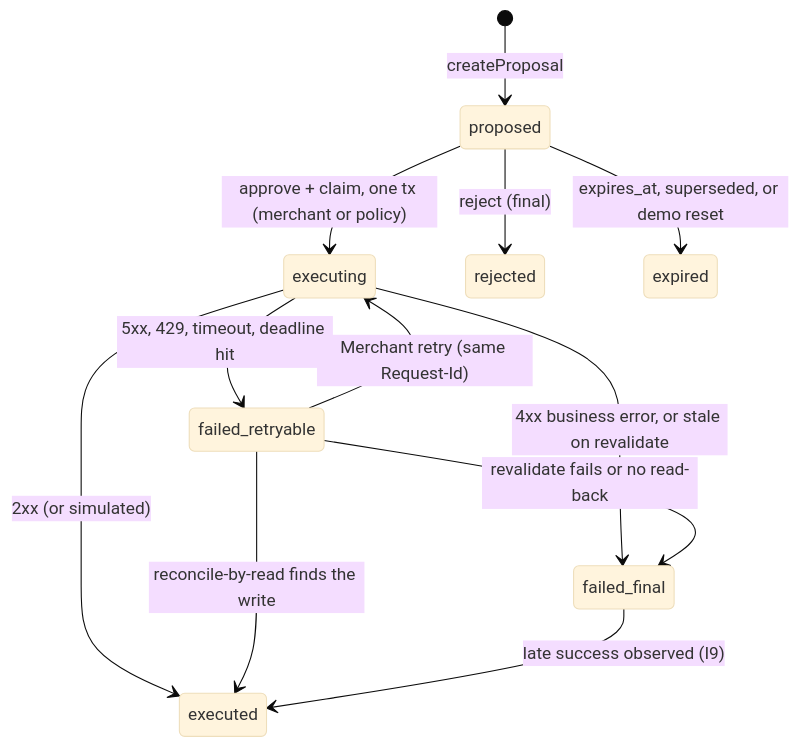
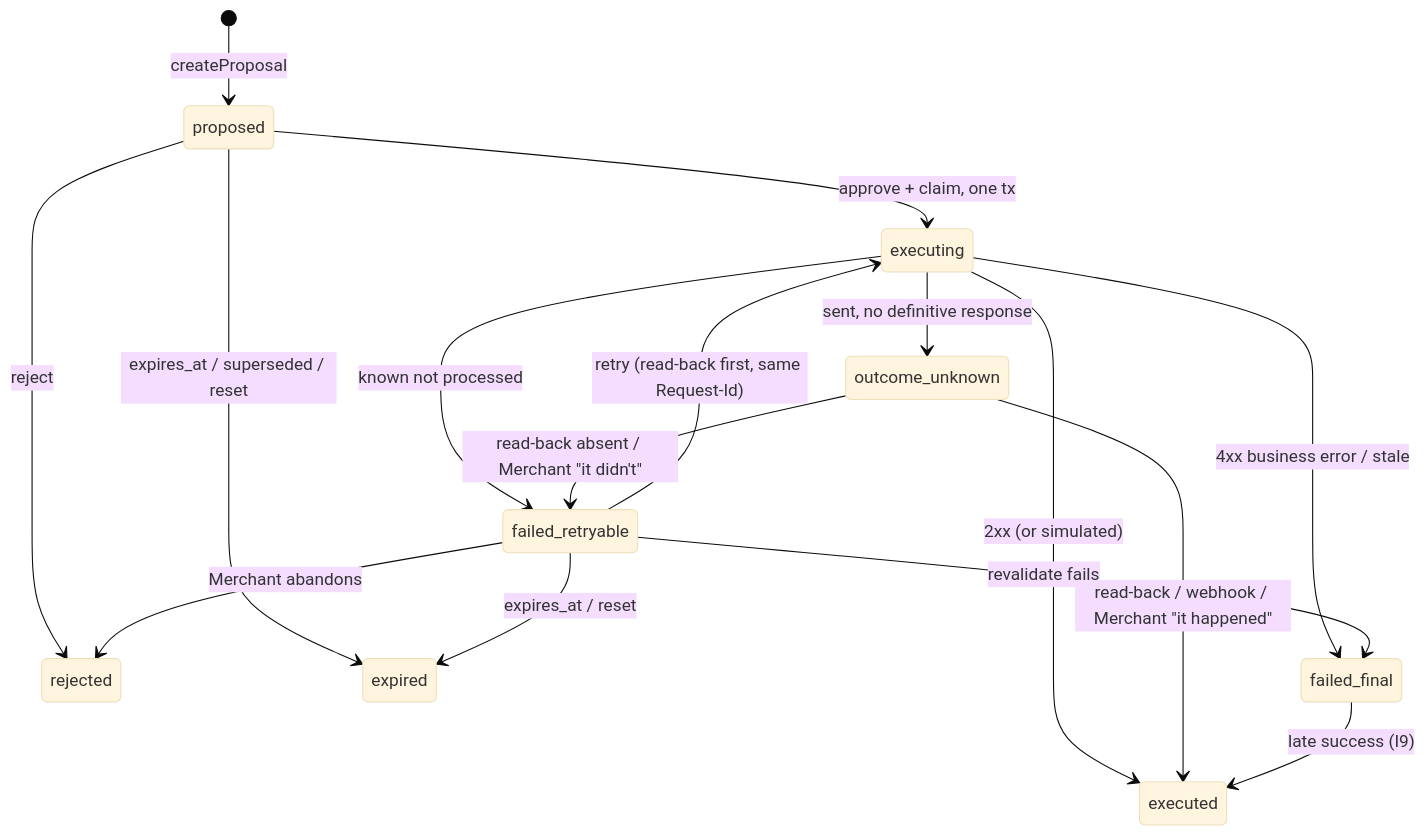
One commit to SebAustin/steward-merchant-copilot changed the second of 2 diagrams in PLAN.md. Above: the diagram before and after it, drawn with Mermaid (base theme). The commit also changed other lines of this file and 2 other files, not shown here.

Commit message:
docs: plan round 3 revisions (outcome_unknown, subject_ref, write modules, shared reset, eval budget)

````diff
--- a/PLAN.md
+++ b/PLAN.md
@@ -168,14 +182,18 @@
 ```mermaid
 stateDiagram-v2
   [*] --> proposed: createProposal
-  proposed --> executing: approve + claim, one tx (merchant or policy)
-  proposed --> rejected: reject (final)
-  proposed --> expired: expires_at, superseded, or demo reset
+  proposed --> executing: approve + claim, one tx
+  proposed --> rejected: reject
+  proposed --> expired: expires_at / superseded / reset
   executing --> executed: 2xx (or simulated)
-  executing --> failed_retryable: 5xx, 429, timeout, deadline hit
-  executing --> failed_final: 4xx business error, or stale on revalidate
-  failed_retryable --> executing: Merchant retry (same Request-Id)
-  failed_retryable --> executed: reconcile-by-read finds the write
-  failed_retryable --> failed_final: revalidate fails or no read-back
-  failed_final --> executed: late success observed (I9)
+  executing --> failed_retryable: known not processed
+  executing --> failed_final: 4xx business error / stale
+  executing --> outcome_unknown: sent, no definitive response
+  outcome_unknown --> executed: read-back / webhook / Merchant "it happened"
+  outcome_unknown --> failed_retryable: read-back absent / Merchant "it didn't"
+  failed_retryable --> executing: retry (read-back first, same Request-Id)
+  failed_retryable --> rejected: Merchant abandons
+  failed_retryable --> expired: expires_at / reset
+  failed_retryable --> failed_final: revalidate fails
+  failed_final --> executed: late success (I9)
 ```
````
